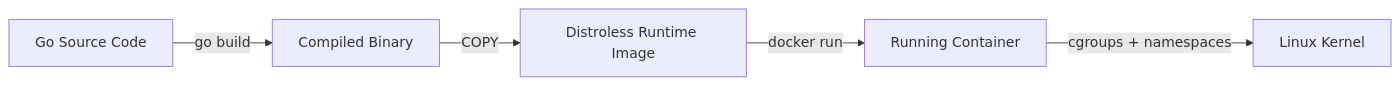
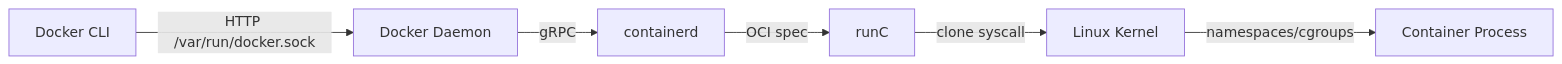
One commit to Leito2/Learning changed the first of 3 diagrams in Software Engineering/02 - Go Engineering/02 - Go for Cloud Native/01 - Docker Internals for Go Developers.md. Above: the diagram before and after it, drawn with Mermaid. The commit also changed other lines of this file and 41 other files, not shown here.

````diff
--- a/Software Engineering/02 - Go Engineering/02 - Go for Cloud Native/01 - Docker Internals for Go Developers.md
+++ b/Software Engineering/02 - Go Engineering/02 - Go for Cloud Native/01 - Docker Internals for Go Developers.md
@@ -57,7 +106,8 @@
 ```mermaid
 graph LR
-    A[Go Source Code] -->|go build| B[Compiled Binary]
-    B -->|COPY| C[Distroless Runtime Image]
-    C -->|docker run| D[Running Container]
-    D -->|cgroups + namespaces| E[Linux Kernel]
+    A[Docker CLI] -->|HTTP /var/run/docker.sock| B[Docker Daemon]
+    B -->|gRPC| C[containerd]
+    C -->|OCI spec| D[runC]
+    D -->|clone syscall| E[Linux Kernel]
+    E -->|namespaces/cgroups| F[Container Process]
 ```
````
